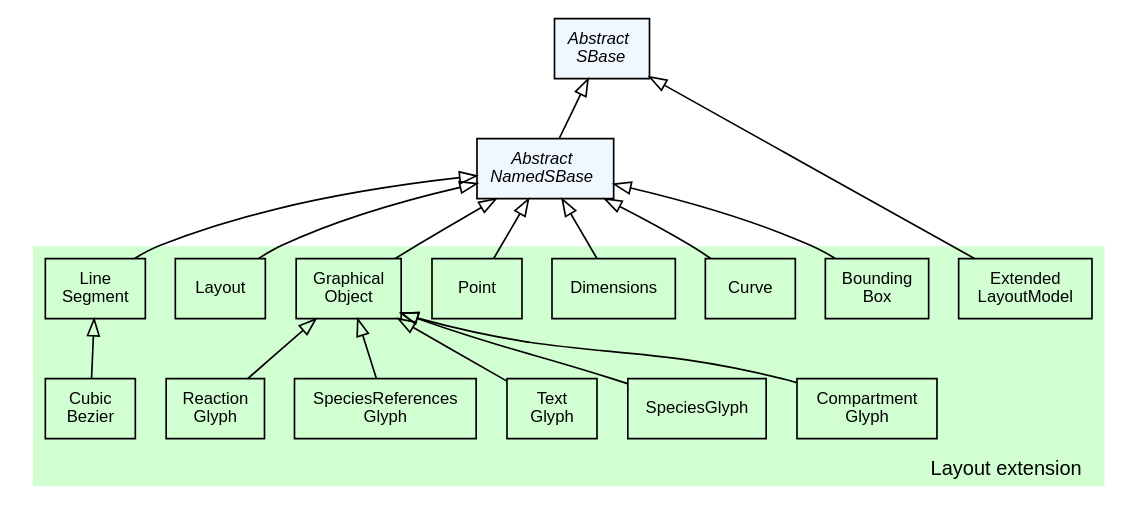
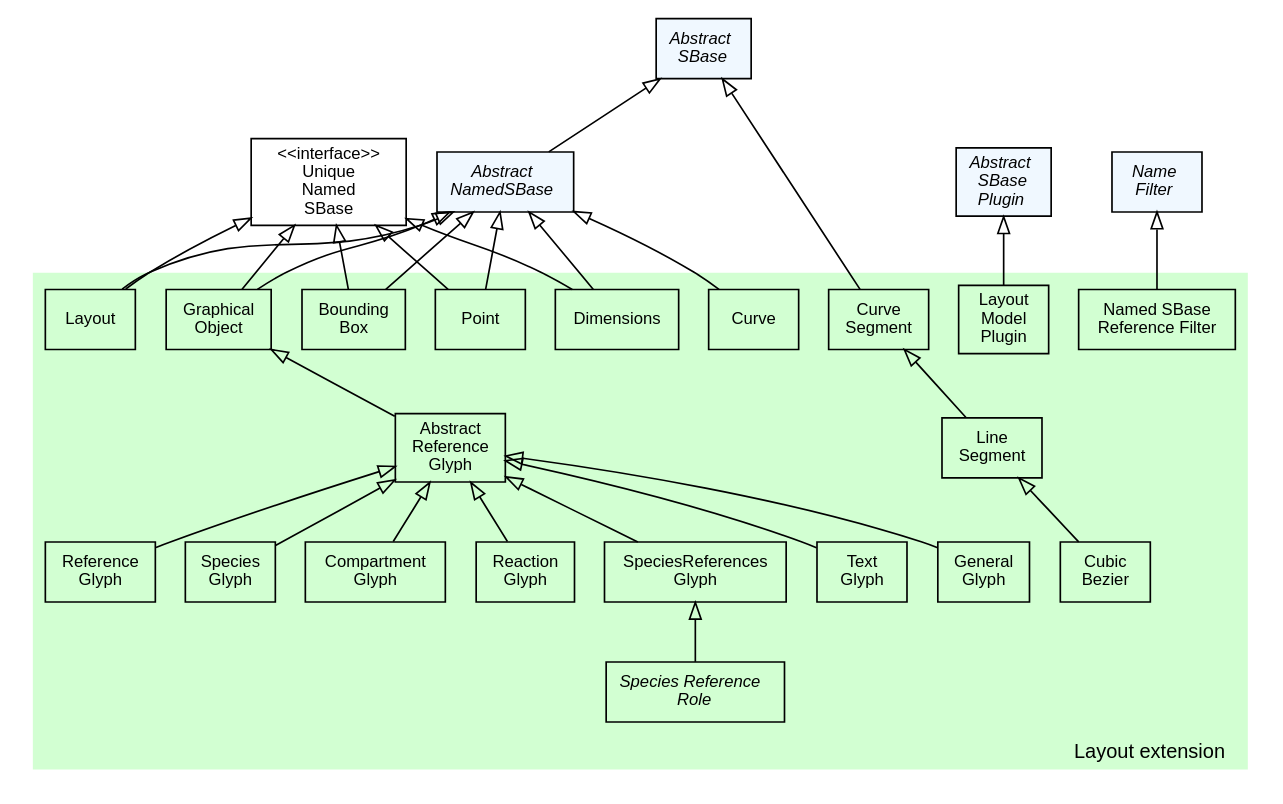
Before and after one commit to sbmlteam/jsbml: the diagram in extensions/layout/doc/img/type_hierarchy.dot, drawn with Graphviz. The commit also changed 22 other files, not shown here.

Commit message:
Added chapter material for User Guide with class diagrams for all the extensions except multi. Two caveats: 1) this will need to be compiled with a latex compiler and 2) for some reason, I was not able to properly set svn:keywords, so this will need to be fixed.

```diff
--- a/extensions/layout/doc/img/type_hierarchy.dot
+++ b/extensions/layout/doc/img/type_hierarchy.dot
@@ -1,100 +1,127 @@
 #!/usr/local/bin/dot
 #
 # dot -Tpdf type_hierarchy.dot -otype_hierarchy.pdf && acroread type_hierarchy.pdf &
 # dot -Tpng type_hierarchy.dot -otype_hierarchy.png
 #
 # $Id$
 # $URL$
 # $Rev$
 
 /*
  * Overview of the layout extension type hierarchy
  */
 
 strict digraph G{
 
 	 nodesep=0.25;
 	 ranksep=0.5;
 
 	 edge [
 	   fontname="Helvetica",
 	   fontsize=10,
 	   labelfontname="Helvetica",
 	   labelfontsize=10
 	 ];
 	 node [
 	   fontname="Helvetica",
 	   fontsize=10,
 	   shape=box
 	 ];
+
+ 	/*
+ 	 * Interfaces
+ 	 */
+ 	
+ 	UniqueNamedSBase                               [label="<<interface>>\nUnique\nNamed\nSBase"];
+
 	 
-	 /*
+   /*
    * Abstract data types
    */
   AbstractNamedSBase                       [label=<<font face="Helvetica-Oblique">Abstract<br/>NamedSBase</font>>, style="filled", fillcolor="#F0F8FF"];
   AbstractSBase                            [label=<<font face="Helvetica-Oblique">Abstract<br/>SBase</font>>, style="filled", fillcolor="#F0F8FF"];
+  AbstractSBasePlugin                      [label=<<font face="Helvetica-Oblique">Abstract<br/>SBase<br/>Plugin</font>>, style="filled", fillcolor="#F0F8FF"];
+  NameFilter		                       [label=<<font face="Helvetica-Oblique">Name<br/>Filter</font>>, style="filled", fillcolor="#F0F8FF"];
   
   
   /*********************
    * Inheritance graph *
    *********************/
   
-  AbstractSBase              -> AbstractNamedSBase         [dir=back,arrowtail=empty];
+  AbstractSBase -> AbstractNamedSBase      [dir=back,arrowtail=empty];
   
    
   subgraph clusterLayout {
     fontname="Helvetica";
     fontsize=12;
     style="filled";
     fillcolor="#d2ffd2"
     color="#ffffff"
     label="Layout extension";
     labelloc=b;
     labeljust=r;
 
     // Interfaces
 
     // Enums
-    //SpeciesReferenceRole                   [label="SpeciesReference\nRole"];
+    SpeciesReferenceRole                   [label=<<font face="Helvetica-Oblique">Species Reference<br/>Role</font>>];
     
     // Objects
     BoundingBox                            [label="Bounding\nBox"];
     CompartmentGlyph                       [label="Compartment\nGlyph"];
     CubicBezier                            [label="Cubic\nBezier"];
     Curve                                  [label="Curve"];
+    CurveSegment                           [label="Curve\nSegment"];
     Dimensions                             [label="Dimensions"];
-    ExtendedLayoutModel                    [label="Extended\nLayoutModel"];
+    LayoutModelPlugin                      [label="Layout\nModel\nPlugin"];
     GraphicalObject                        [label="Graphical\nObject"];
     Layout                                 [label="Layout"];
-    // LayoutParser                        [label="Layout\nParser"];
     LineSegment                            [label="Line\nSegment"];
     Point                                  [label="Point"];
     ReactionGlyph                          [label="Reaction\nGlyph"];
     SpeciesReferencesGlyph                 [label="SpeciesReferences\nGlyph"];
     TextGlyph                              [label="Text\nGlyph"];
-    
+    AbstractReferenceGlyph                 [label="Abstract\nReference\nGlyph"];
+    GeneralGlyph                           [label="General\nGlyph"];
+    ReferenceGlyph                         [label="Reference\nGlyph"];
+    SpeciesGlyph                           [label="Species\nGlyph"];
+    NamedSBaseReferenceFilter              [label="Named SBase\nReference Filter"];
+                
     /*
      * Inheritance graph
      */
-     GraphicalObject    -> CompartmentGlyph       [dir=back,arrowtail=empty];
-     GraphicalObject    -> ReactionGlyph          [dir=back,arrowtail=empty];
-     GraphicalObject    -> SpeciesGlyph           [dir=back,arrowtail=empty];
-     GraphicalObject    -> SpeciesReferencesGlyph [dir=back,arrowtail=empty];
-     GraphicalObject    -> TextGlyph              [dir=back,arrowtail=empty];
-     LineSegment        -> CubicBezier            [dir=back,arrowtail=empty];
+     AbstractReferenceGlyph    -> CompartmentGlyph       	[dir=back,arrowtail=empty];
+     AbstractReferenceGlyph    -> GeneralGlyph       		[dir=back,arrowtail=empty];
+     AbstractReferenceGlyph    -> ReactionGlyph          	[dir=back,arrowtail=empty];
+     AbstractReferenceGlyph    -> ReferenceGlyph          	[dir=back,arrowtail=empty];     
+     AbstractReferenceGlyph    -> SpeciesGlyph           	[dir=back,arrowtail=empty];
+     AbstractReferenceGlyph    -> SpeciesReferencesGlyph 	[dir=back,arrowtail=empty];
+     AbstractReferenceGlyph    -> TextGlyph 				[dir=back,arrowtail=empty];
+     GraphicalObject    -> AbstractReferenceGlyph           [dir=back,arrowtail=empty];
+     LineSegment        -> CubicBezier            			[dir=back,arrowtail=empty];
+     CurveSegment        -> LineSegment            			[dir=back,arrowtail=empty];
+     SpeciesReferencesGlyph	-> SpeciesReferenceRole			[dir=back,arrowtail=empty];
+
    }
    
    /*********************
     * Inheritance graph *
     *********************/
    
    AbstractNamedSBase -> BoundingBox            [dir=back,arrowtail=empty];
    AbstractNamedSBase -> Curve                  [dir=back,arrowtail=empty];
+   AbstractSBase -> CurveSegment                [dir=back,arrowtail=empty];
    AbstractNamedSBase -> Dimensions             [dir=back,arrowtail=empty];
    AbstractNamedSBase -> GraphicalObject        [dir=back,arrowtail=empty];
    AbstractNamedSBase -> Layout                 [dir=back,arrowtail=empty];
-   AbstractNamedSBase -> LineSegment            [dir=back,arrowtail=empty];
    AbstractNamedSBase -> Point                  [dir=back,arrowtail=empty];
-   AbstractSBase      -> ExtendedLayoutModel    [dir=back,arrowtail=empty];    
+   AbstractSBasePlugin -> LayoutModelPlugin		[dir=back,arrowtail=empty];    
+   UniqueNamedSBase -> BoundingBox           	[dir=back,arrowtail=empty];
+   UniqueNamedSBase -> Dimensions        	    [dir=back,arrowtail=empty];
+   UniqueNamedSBase -> GraphicalObject	        [dir=back,arrowtail=empty];
+   UniqueNamedSBase -> Layout            		[dir=back,arrowtail=empty];
+   UniqueNamedSBase -> Point	            	[dir=back,arrowtail=empty];
+   NameFilter -> NamedSBaseReferenceFilter      [dir=back,arrowtail=empty];
+   
 
 }
```
